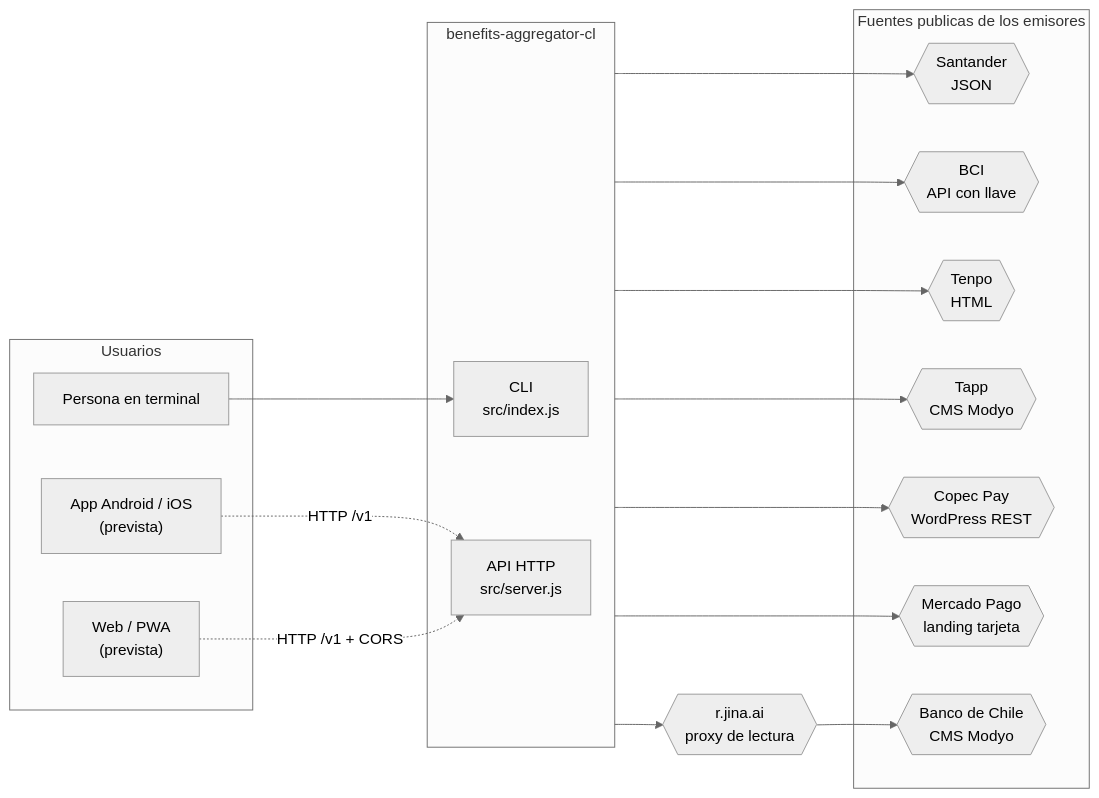
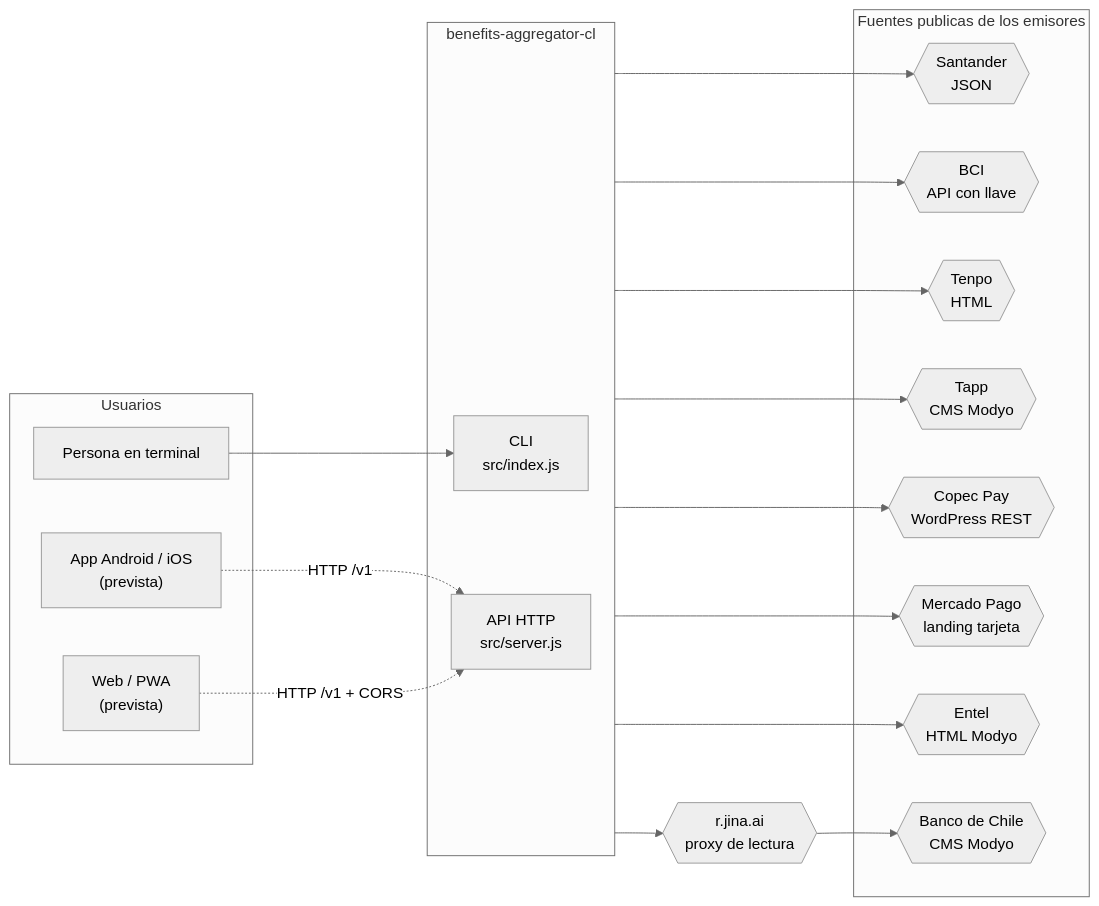
One commit to sebcld/benefits-aggregator-cl changed the diagram in docs/arquitectura/01-contexto.md. Above: the diagram before and after it, drawn with Mermaid (neutral theme). The commit also changed other lines of this file and 23 other files, not shown here.

````diff
--- a/docs/arquitectura/01-contexto.md
+++ b/docs/arquitectura/01-contexto.md
@@ -5,32 +5,33 @@
 ```mermaid
 flowchart LR
   subgraph usuarios["Usuarios"]
     dev["Persona en terminal"]
     movil["App Android / iOS<br/>(prevista)"]
     web["Web / PWA<br/>(prevista)"]
   end
 
   subgraph sistema["benefits-aggregator-cl"]
     cli["CLI<br/>src/index.js"]
     api["API HTTP<br/>src/server.js"]
   end
 
   dev --> cli
   movil -.->|"HTTP /v1"| api
   web -.->|"HTTP /v1 + CORS"| api
 
   subgraph fuentes["Fuentes publicas de los emisores"]
     santander{{"Santander<br/>JSON"}}
     bci{{"BCI<br/>API con llave"}}
     tenpo{{"Tenpo<br/>HTML"}}
     tapp{{"Tapp<br/>CMS Modyo"}}
     copec{{"Copec Pay<br/>WordPress REST"}}
     mp{{"Mercado Pago<br/>landing tarjeta"}}
+    entel{{"Entel<br/>HTML Modyo"}}
     bch{{"Banco de Chile<br/>CMS Modyo"}}
   end
 
   jina{{"r.jina.ai<br/>proxy de lectura"}}
 
-  sistema --> santander & bci & tenpo & tapp & copec & mp
+  sistema --> santander & bci & tenpo & tapp & copec & mp & entel
   sistema --> jina --> bch
 ```
````
